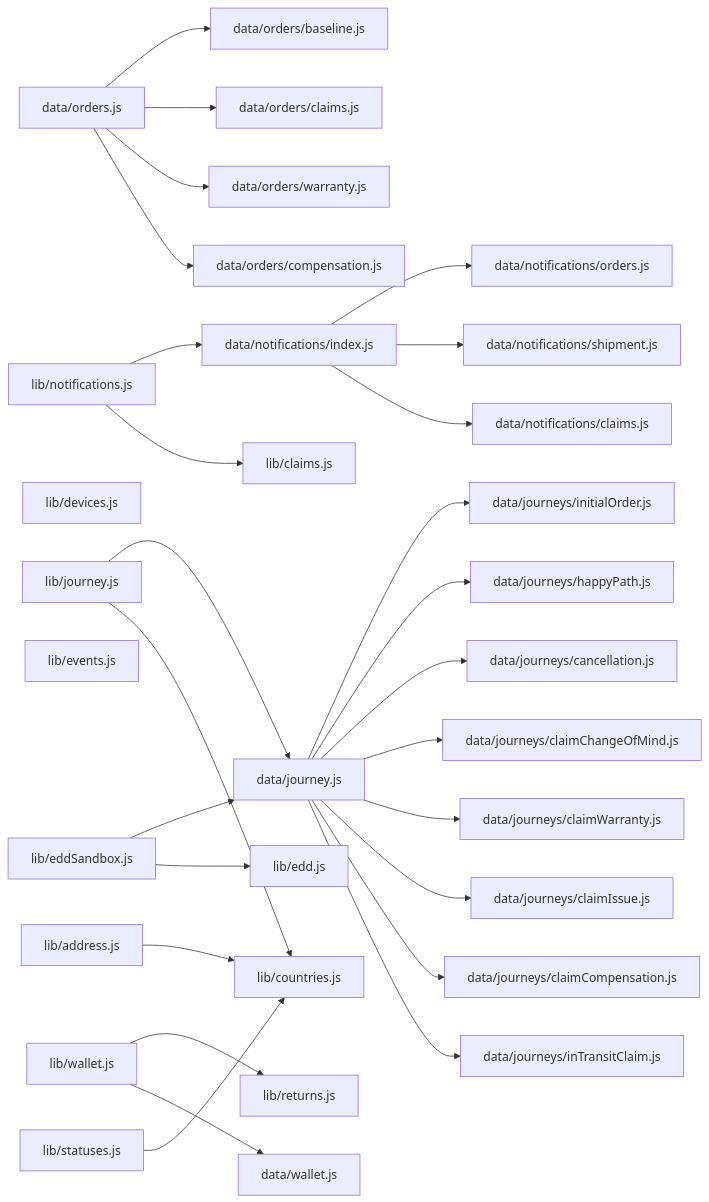
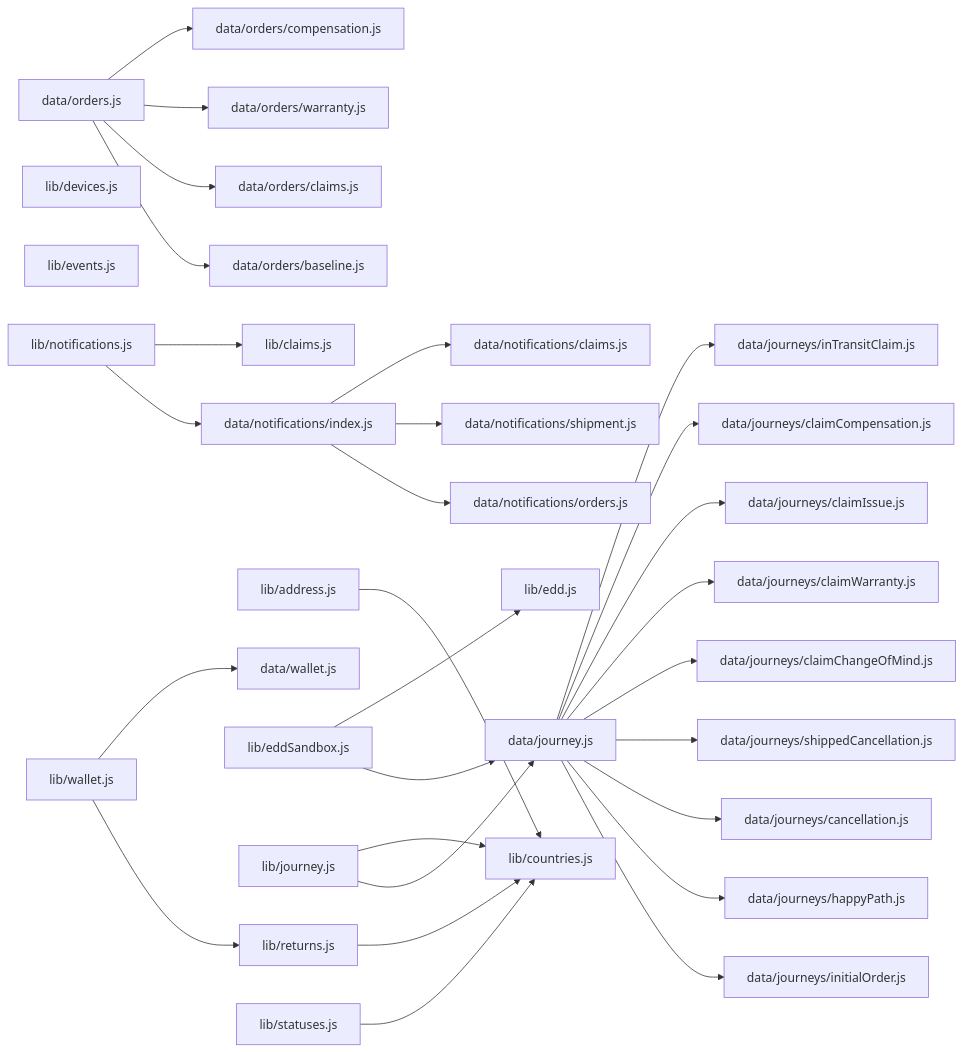
The diagram in docs/code_map.md (andrea-revibe/my-account-redesign-v2), drawn with Mermaid before and after one commit. The commit also changed other lines of this file and 11 other files, not shown here.

First line of the commit message:
feat: stuck-in-transit self-cancellation for shipped orders outside AE

````diff
--- a/docs/code_map.md
+++ b/docs/code_map.md
@@ -226,59 +230,62 @@
 ```mermaid
 graph LR
   data_journey_js["data/journey.js"]
   data_journeys_cancellation_js["data/journeys/cancellation.js"]
   data_journeys_claimChangeOfMind_js["data/journeys/claimChangeOfMind.js"]
   data_journeys_claimCompensation_js["data/journeys/claimCompensation.js"]
   data_journeys_claimIssue_js["data/journeys/claimIssue.js"]
   data_journeys_claimWarranty_js["data/journeys/claimWarranty.js"]
   data_journeys_happyPath_js["data/journeys/happyPath.js"]
   data_journeys_inTransitClaim_js["data/journeys/inTransitClaim.js"]
   data_journeys_initialOrder_js["data/journeys/initialOrder.js"]
+  data_journeys_shippedCancellation_js["data/journeys/shippedCancellation.js"]
   data_notifications_claims_js["data/notifications/claims.js"]
   data_notifications_index_js["data/notifications/index.js"]
   data_notifications_orders_js["data/notifications/orders.js"]
   data_notifications_shipment_js["data/notifications/shipment.js"]
   data_orders_js["data/orders.js"]
   data_orders_baseline_js["data/orders/baseline.js"]
   data_orders_claims_js["data/orders/claims.js"]
   data_orders_compensation_js["data/orders/compensation.js"]
   data_orders_warranty_js["data/orders/warranty.js"]
   data_wallet_js["data/wallet.js"]
   lib_address_js["lib/address.js"]
   lib_claims_js["lib/claims.js"]
   lib_countries_js["lib/countries.js"]
   lib_devices_js["lib/devices.js"]
   lib_edd_js["lib/edd.js"]
   lib_eddSandbox_js["lib/eddSandbox.js"]
   lib_events_js["lib/events.js"]
   lib_journey_js["lib/journey.js"]
   lib_notifications_js["lib/notifications.js"]
   lib_returns_js["lib/returns.js"]
   lib_statuses_js["lib/statuses.js"]
   lib_wallet_js["lib/wallet.js"]
   data_journey_js --> data_journeys_initialOrder_js
   data_journey_js --> data_journeys_happyPath_js
   data_journey_js --> data_journeys_cancellation_js
+  data_journey_js --> data_journeys_shippedCancellation_js
   data_journey_js --> data_journeys_claimChangeOfMind_js
   data_journey_js --> data_journeys_claimWarranty_js
   data_journey_js --> data_journeys_claimIssue_js
   data_journey_js --> data_journeys_claimCompensation_js
   data_journey_js --> data_journeys_inTransitClaim_js
   data_notifications_index_js --> data_notifications_orders_js
   data_notifications_index_js --> data_notifications_shipment_js
   data_notifications_index_js --> data_notifications_claims_js
   data_orders_js --> data_orders_baseline_js
   data_orders_js --> data_orders_claims_js
   data_orders_js --> data_orders_warranty_js
   data_orders_js --> data_orders_compensation_js
   lib_address_js --> lib_countries_js
   lib_eddSandbox_js --> data_journey_js
   lib_eddSandbox_js --> lib_edd_js
   lib_journey_js --> data_journey_js
   lib_journey_js --> lib_countries_js
   lib_notifications_js --> data_notifications_index_js
   lib_notifications_js --> lib_claims_js
+  lib_returns_js --> lib_countries_js
   lib_statuses_js --> lib_countries_js
   lib_wallet_js --> lib_returns_js
   lib_wallet_js --> data_wallet_js
 ```
````
